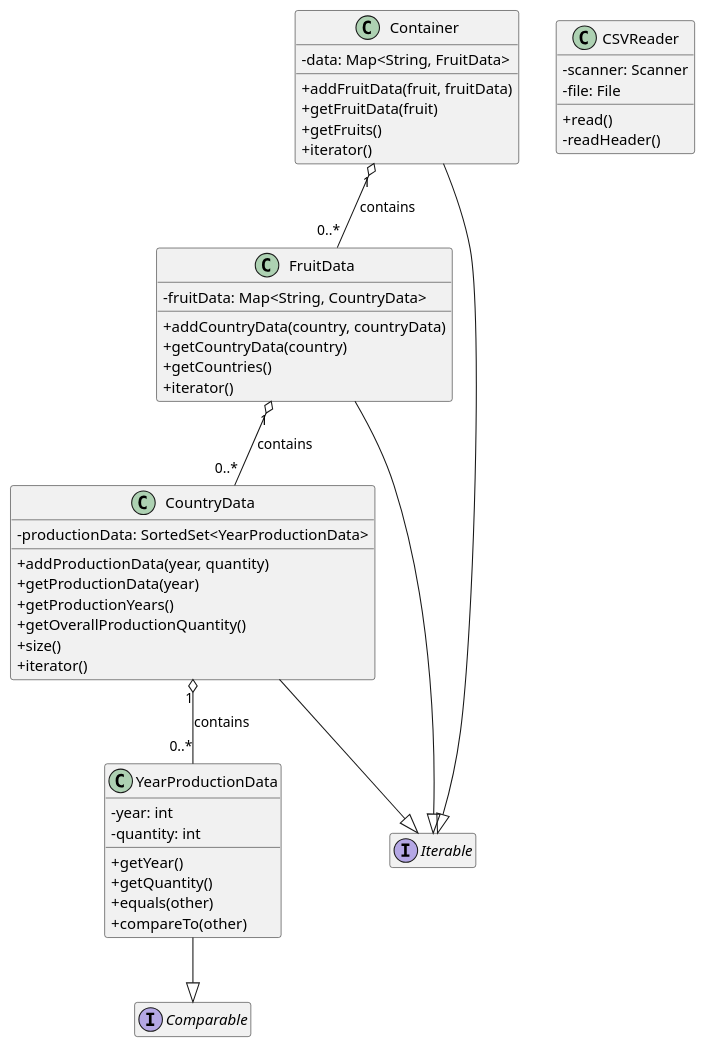
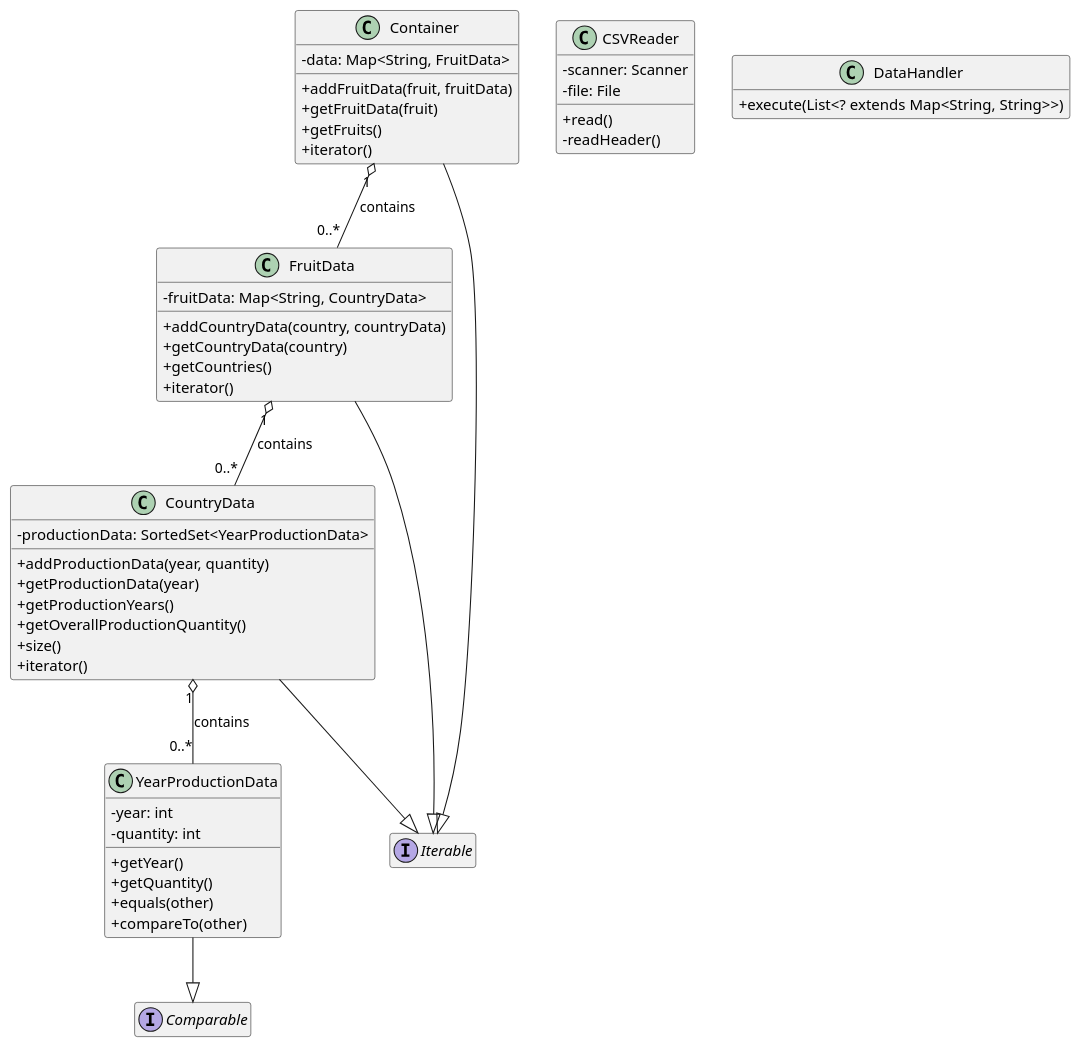
One commit to ricardo177m/esinf-trab01 changed the diagram in docs/CD.puml. Above: the diagram before and after it, drawn with PlantUML. The commit also changed 1 other file, not shown here.

Commit message:
docs: added DataHandled to CD

```diff
--- a/docs/CD.puml
+++ b/docs/CD.puml
@@ -1,71 +1,75 @@
 @startuml CD
 
 skinparam classAttributeIconSize 0
 hide empty members
 
 class Container {
   -data: Map<String, FruitData>
 
   +addFruitData(fruit, fruitData)
   +getFruitData(fruit)
   +getFruits()
   +iterator()
 }
 
 class FruitData {
   -fruitData: Map<String, CountryData>
 
   +addCountryData(country, countryData)
   +getCountryData(country)
   +getCountries()
   +iterator()
 }
 
 class CountryData {
   -productionData: SortedSet<YearProductionData>
 
   +addProductionData(year, quantity)
   +getProductionData(year)
   +getProductionYears()
   +getOverallProductionQuantity()
   +size()
   +iterator()
 }
 
 class YearProductionData {
   -year: int
   -quantity: int
 
   +getYear()
   +getQuantity()
   +equals(other)
   +compareTo(other)
 }
 
 class CSVReader {
   -scanner: Scanner
   -file: File
 
   +read()
   -readHeader()
 }
 
+class DataHandler{
+  +execute(List<? extends Map<String, String>>)
+}
+
 interface Iterable
 
 interface Comparable
 
 Container "1" o-- "0..*" FruitData : contains
 
 FruitData "1" o-- "0..*" CountryData : contains
 
 CountryData "1" o-- "0..*" YearProductionData : contains
 
 YearProductionData --|> Comparable
 
 CountryData --|> Iterable
 
 FruitData --|> Iterable
 
 Container --|> Iterable
 
 @enduml
```
